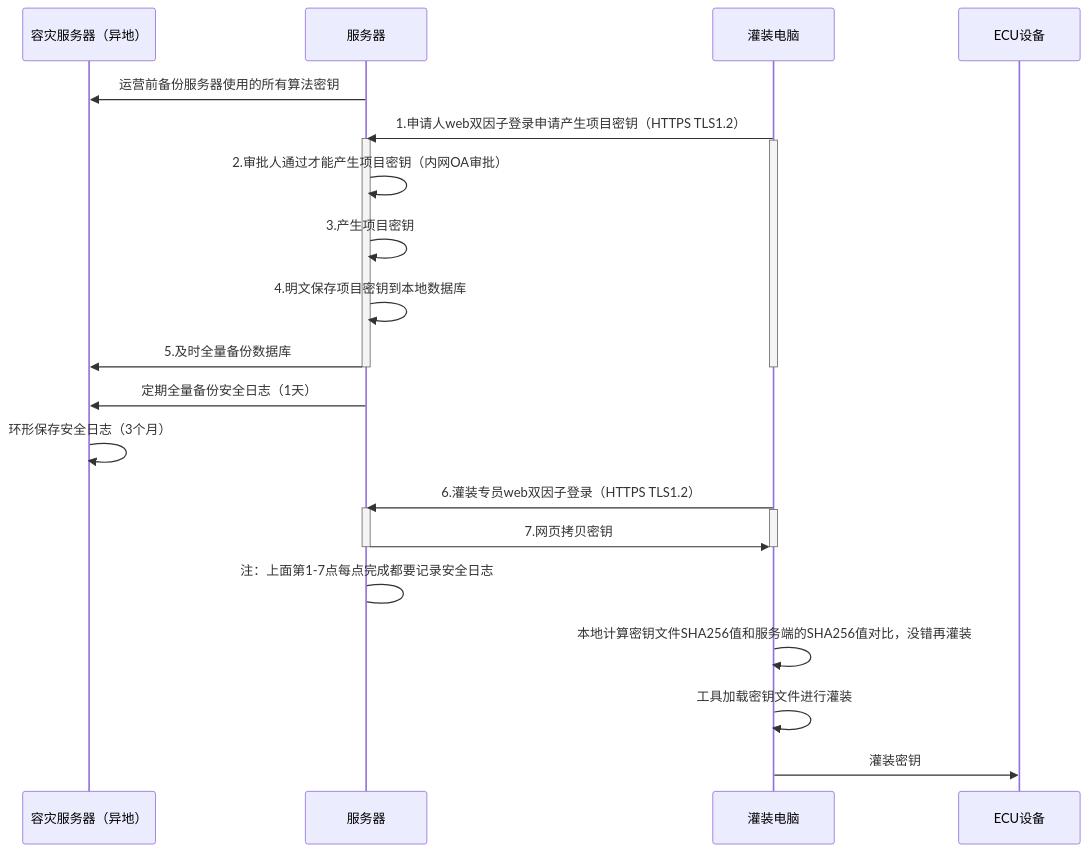
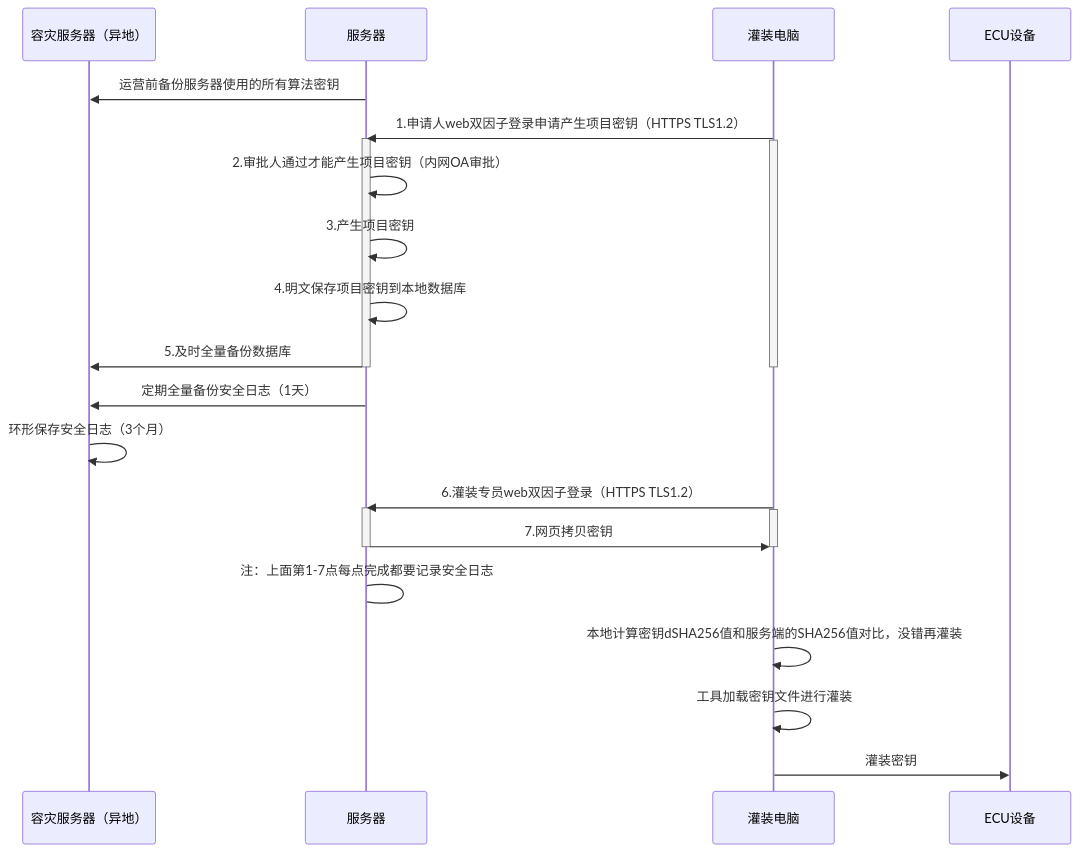
The diagram in all/未命名-20.md (facebook-cloud/iodraw-files), drawn with Mermaid before and after one commit.

Commit message:
2026-03-28 09:28:10 update

````diff
--- a/all/未命名-20.md
+++ b/all/未命名-20.md
@@ -1,35 +1,35 @@
 ```mermaid
 sequenceDiagram
     participant A as 容灾服务器（异地）
     participant B as 服务器
     participant D as 灌装电脑
     participant E as ECU设备
 
     B->>A: 运营前备份服务器使用的所有算法密钥
     D->>B: 1.申请人web双因子登录申请产生项目密钥（HTTPS TLS1.2）
     activate B
     activate D
     B->>B: 2.审批人通过才能产生项目密钥（内网OA审批）
     B->>B: 3.产生项目密钥
     B->>B: 4.明文保存项目密钥到本地数据库
     B->>A: 5.及时全量备份数据库
 
     deactivate B
     deactivate D
 
     B->>A: 定期全量备份安全日志（1天）
     A->>A: 环形保存安全日志（3个月）
     
     D->>B: 6.灌装专员web双因子登录（HTTPS TLS1.2）
     activate B
     activate D
     B->>D: 7.网页拷贝密钥
     deactivate B
     deactivate D
     B->B: 注：上面第1-7点每点完成都要记录安全日志
 
-    D->>D:本地计算密钥文件SHA256值和服务端的SHA256值对比，没错再灌装
+    D->>D:本地计算密钥dSHA256值和服务端的SHA256值对比，没错再灌装
     D->>D:工具加载密钥文件进行灌装
     
     D->>E: 灌装密钥
 ```
````
